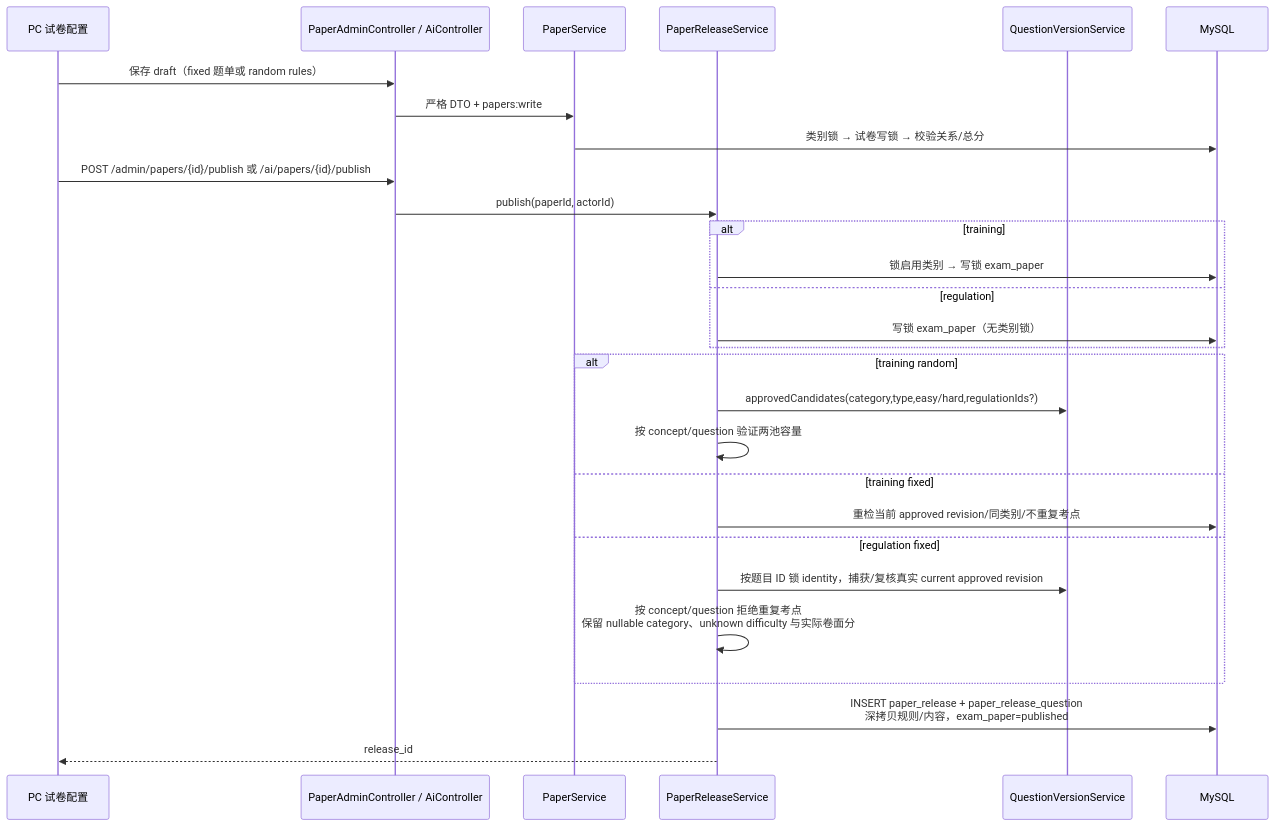
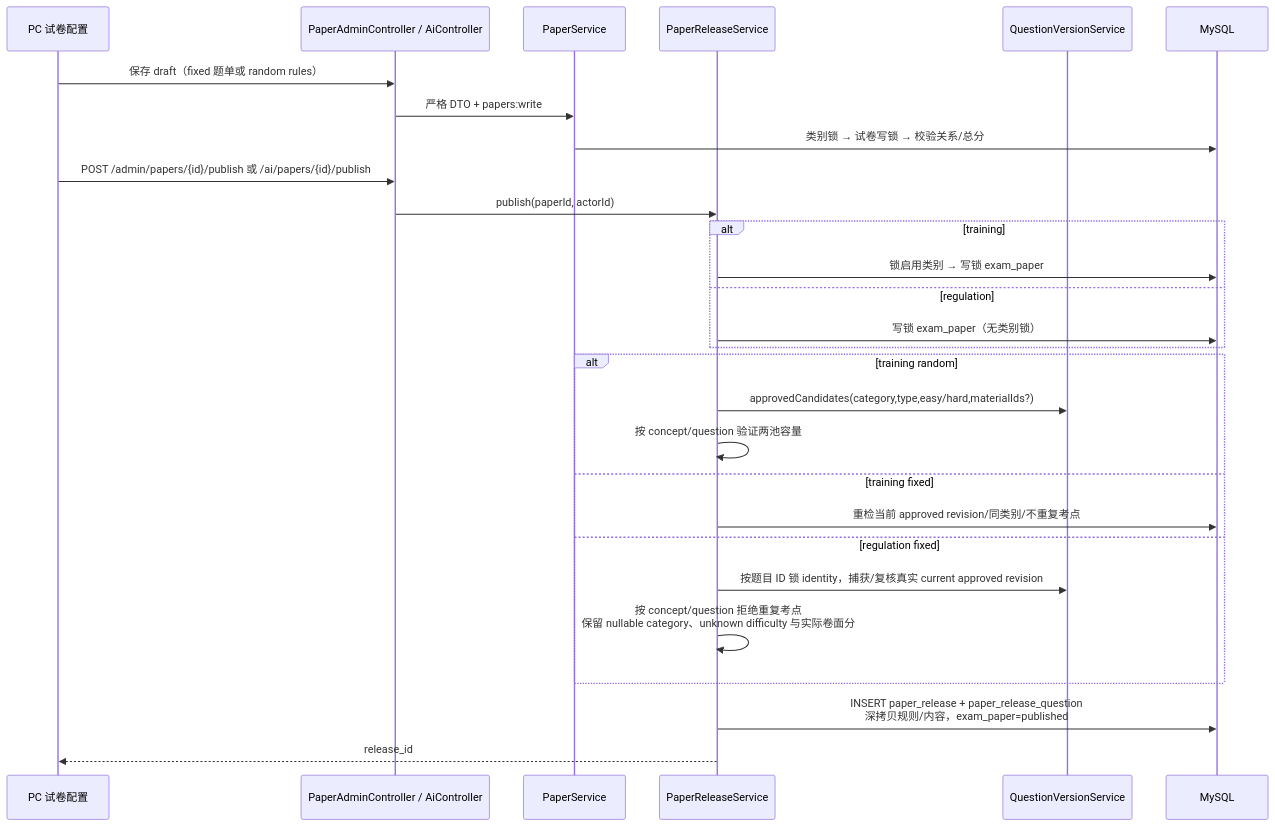
Before and after one commit to caoguanjie/emodor-exam: diagram 17 of 23 in docs/design/06-关键流程.md, drawn with Mermaid. The commit also changed other lines of this file and 181 other files, not shown here.

````diff
--- a/docs/design/06-关键流程.md
+++ b/docs/design/06-关键流程.md
@@ -834,31 +845,31 @@
 ```mermaid
 sequenceDiagram
     participant PC as PC 试卷配置
     participant API as PaperAdminController / AiController
     participant P as PaperService
     participant R as PaperReleaseService
     participant Q as QuestionVersionService
     participant DB as MySQL
 
     PC->>API: 保存 draft（fixed 题单或 random rules）
     API->>P: 严格 DTO + papers:write
     P->>DB: 类别锁 → 试卷写锁 → 校验关系/总分
     PC->>API: POST /admin/papers/{id}/publish 或 /ai/papers/{id}/publish
     API->>R: publish(paperId, actorId)
     alt training
         R->>DB: 锁启用类别 → 写锁 exam_paper
     else regulation
         R->>DB: 写锁 exam_paper（无类别锁）
     end
     alt training random
-        R->>Q: approvedCandidates(category,type,easy/hard,regulationIds?)
+        R->>Q: approvedCandidates(category,type,easy/hard,materialIds?)
         R->>R: 按 concept/question 验证两池容量
     else training fixed
         R->>DB: 重检当前 approved revision/同类别/不重复考点
     else regulation fixed
         R->>Q: 按题目 ID 锁 identity，捕获/复核真实 current approved revision
         R->>R: 按 concept/question 拒绝重复考点<br/>保留 nullable category、unknown difficulty 与实际卷面分
     end
     R->>DB: INSERT paper_release + paper_release_question<br/>深拷贝规则/内容，exam_paper=published
     R-->>PC: release_id
 ```
````
